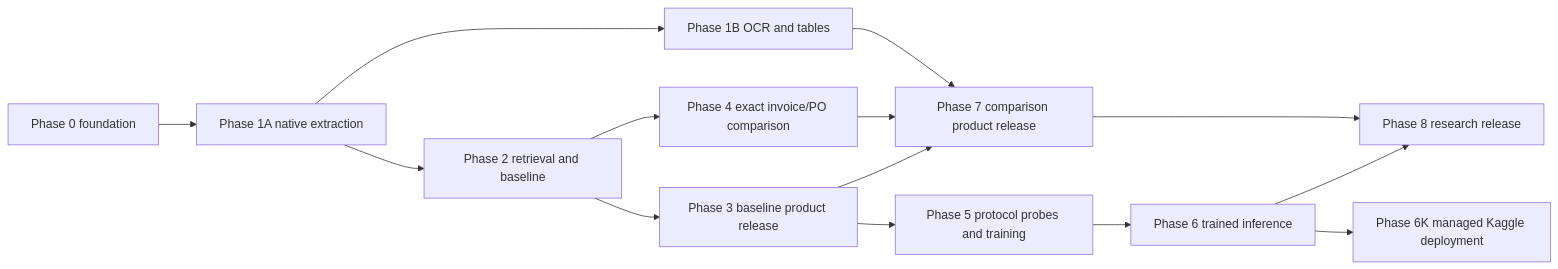
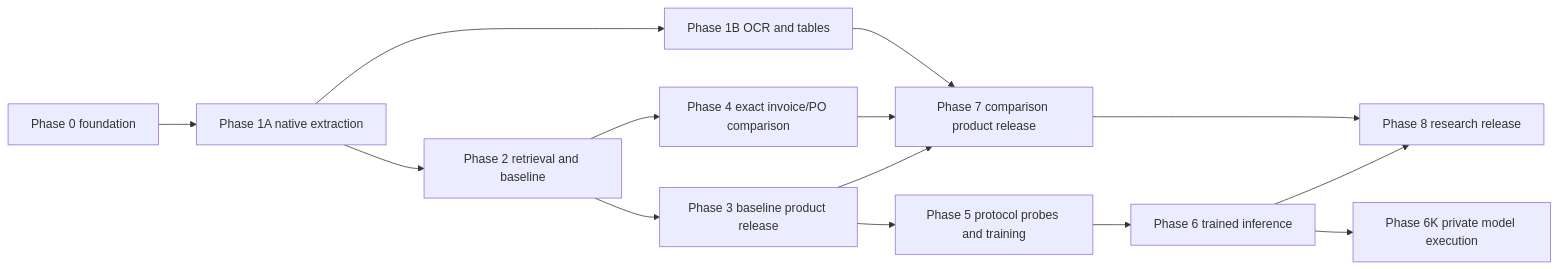
One commit to here-2007/DocuMind changed the diagram in IMPLEMENTATION.md. Above: the diagram before and after it, drawn with Mermaid. The commit also changed other lines of this file and 154 other files, not shown here.

````diff
--- a/IMPLEMENTATION.md
+++ b/IMPLEMENTATION.md
@@ -15,16 +17,16 @@
 ```mermaid
 flowchart LR
  P0[Phase 0 foundation] --> P1A[Phase 1A native extraction]
  P1A --> P2[Phase 2 retrieval and baseline]
  P2 --> P3[Phase 3 baseline product release]
  P1A --> P1B[Phase 1B OCR and tables]
  P2 --> P4[Phase 4 exact invoice/PO comparison]
  P3 --> P7[Phase 7 comparison product release]
  P4 --> P7
  P1B --> P7
  P3 --> P5[Phase 5 protocol probes and training]
  P5 --> P6[Phase 6 trained inference]
  P6 --> P8[Phase 8 research release]
- P6 --> P6K[Phase 6K managed Kaggle deployment]
+ P6 --> P6K[Phase 6K private model execution]
  P7 --> P8
 ```
````
